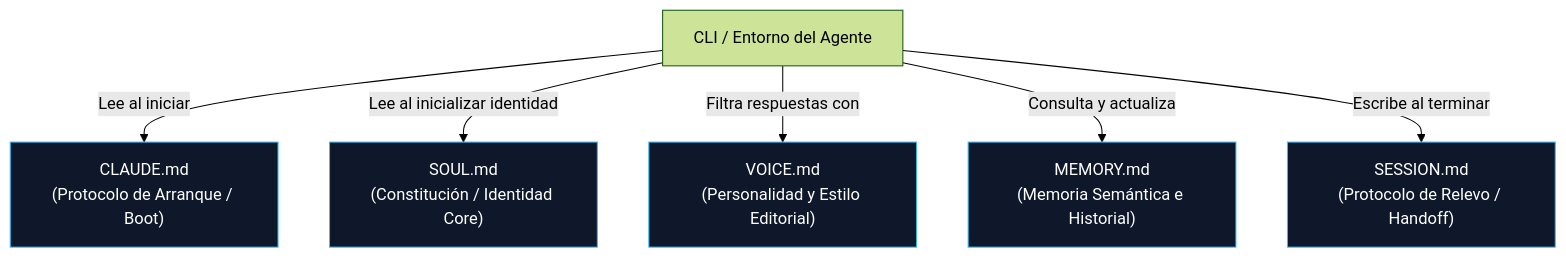
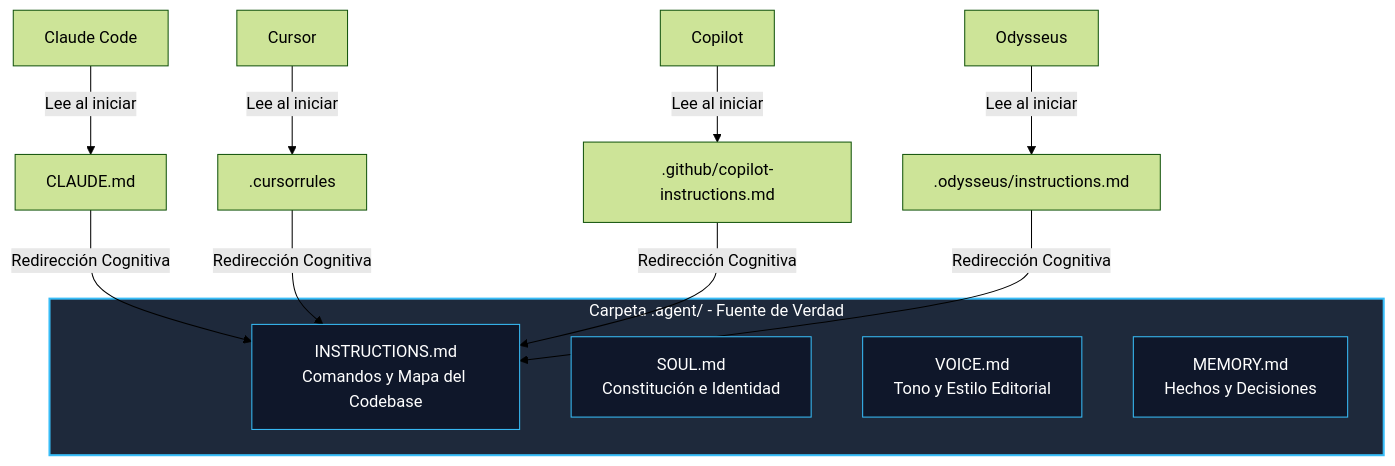
Before and after one commit to Luum-Home/ODLC: the diagram in docs/06_fundacional/Especificación de agentes cross-CLI.md, drawn with Mermaid (forest theme). The commit also changed other lines of this file, not shown here.

Commit message:
docs: detail tool fragmentation and define the Cognitive Redirection Pattern in cross-cli spec

````diff
--- a/docs/06_fundacional/Especificación de agentes cross-CLI.md
+++ b/docs/06_fundacional/Especificación de agentes cross-CLI.md
@@ -17,23 +36,28 @@
 ```mermaid
 graph TD
-    %% Nodos
-    Sub[CLI / Entorno del Agente]
-    ClaudeMD["CLAUDE.md<br/>(Protocolo de Arranque / Boot)"]
-    SoulMD["SOUL.md<br/>(Constitución / Identidad Core)"]
-    VoiceMD["VOICE.md<br/>(Personalidad y Estilo Editorial)"]
-    MemoryMD["MEMORY.md<br/>(Memoria Semántica e Historial)"]
-    SessionMD["SESSION.md<br/>(Protocolo de Relevo / Handoff)"]
+    %% Plataformas
+    SubC[Claude Code] -->|Lee al iniciar| C_MD[CLAUDE.md]
+    SubCur[Cursor] -->|Lee al iniciar| C_Rules[.cursorrules]
+    SubCop[Copilot] -->|Lee al iniciar| Cop_Ins[.github/copilot-instructions.md]
+    SubOdy[Odysseus] -->|Lee al iniciar| Ody_Ins[.odysseus/instructions.md]
 
-    %% Relaciones
-    Sub -->|Lee al iniciar| ClaudeMD
-    Sub -->|Lee al inicializar identidad| SoulMD
-    Sub -->|Filtra respuestas con| VoiceMD
-    Sub -->|Consulta y actualiza| MemoryMD
-    Sub -->|Escribe al terminar| SessionMD
+    %% Redirecciones
+    C_MD -->|Redirección Cognitiva| CoreInst
+    C_Rules -->|Redirección Cognitiva| CoreInst
+    Cop_Ins -->|Redirección Cognitiva| CoreInst
+    Ody_Ins -->|Redirección Cognitiva| CoreInst
 
-    style ClaudeMD fill:#0f172a,stroke:#38bdf8,stroke-width:1px,color:#fff
-    style SoulMD fill:#0f172a,stroke:#38bdf8,stroke-width:1px,color:#fff
-    style VoiceMD fill:#0f172a,stroke:#38bdf8,stroke-width:1px,color:#fff
-    style MemoryMD fill:#0f172a,stroke:#38bdf8,stroke-width:1px,color:#fff
-    style SessionMD fill:#0f172a,stroke:#38bdf8,stroke-width:1px,color:#fff
+    %% Fuente de Verdad
+    subgraph CoreFolder [Carpeta .agent/ - Fuente de Verdad]
+        CoreInst[INSTRUCTIONS.md<br/>Comandos y Mapa del Codebase]
+        CoreSoul[SOUL.md<br/>Constitución e Identidad]
+        CoreVoice[VOICE.md<br/>Tono y Estilo Editorial]
+        CoreMem[MEMORY.md<br/>Hechos y Decisiones]
+    end
+
+    style CoreFolder fill:#1e293b,stroke:#38bdf8,stroke-width:2px,color:#fff
+    style CoreInst fill:#0f172a,stroke:#38bdf8,stroke-width:1px,color:#fff
+    style CoreSoul fill:#0f172a,stroke:#38bdf8,stroke-width:1px,color:#fff
+    style CoreVoice fill:#0f172a,stroke:#38bdf8,stroke-width:1px,color:#fff
+    style CoreMem fill:#0f172a,stroke:#38bdf8,stroke-width:1px,color:#fff
 ```
````
